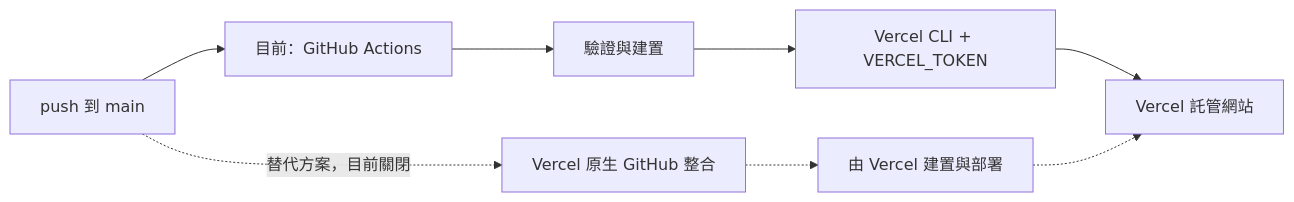
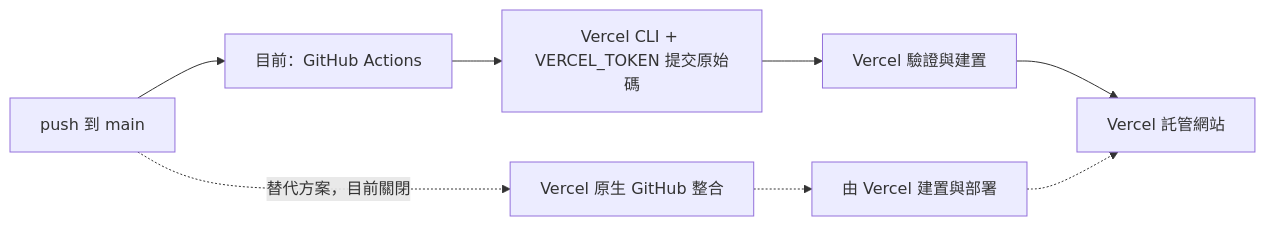
Before and after one commit to EricTsai83/recordstuff: the second of 3 diagrams in docs/zh-TW/system-design/delivery.md, drawn with Mermaid. The commit also changed other lines of this file and 9 other files, not shown here.

````diff
--- a/docs/zh-TW/system-design/delivery.md
+++ b/docs/zh-TW/system-design/delivery.md
@@ -35,10 +35,10 @@
 ```mermaid
 flowchart LR
     P["push 到 main"] --> G["目前：GitHub Actions"]
-    G --> C["驗證與建置"]
-    C --> K["Vercel CLI + VERCEL_TOKEN"]
-    K --> V["Vercel 託管網站"]
+    G --> K["Vercel CLI + VERCEL_TOKEN 提交原始碼"]
+    K --> C["Vercel 驗證與建置"]
+    C --> V["Vercel 託管網站"]
     P -. "替代方案，目前關閉" .-> I["Vercel 原生 GitHub 整合"]
     I -.-> B["由 Vercel 建置與部署"]
     B -.-> V
 ```
````
